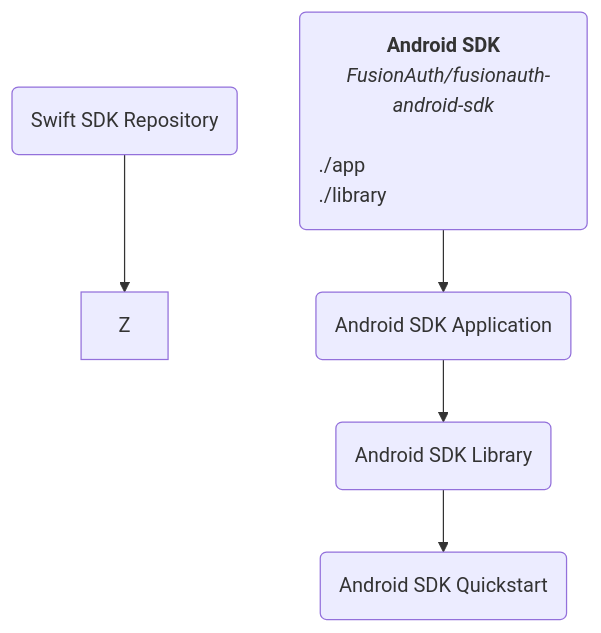
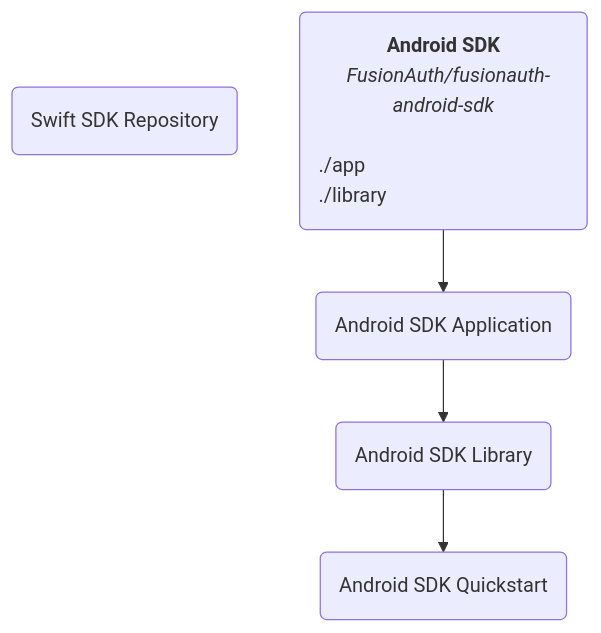
Before and after one commit to sonderformat-llc/fusionauth-e2e-test-guide: the second of 3 diagrams in README.md, drawn with Mermaid. The commit also changed other lines of this file and 1 other file, not shown here.

````diff
--- a/README.md
+++ b/README.md
@@ -6,17 +415,17 @@
 ```mermaid
 graph TD
-    SwiftSDK(Swift SDK Repository) --> Z
+    SwiftSDK(Swift SDK Repository)
     AndroidSDK(<strong>Android SDK</strong>
   <i>FusionAuth/fusionauth-android-sdk</i>
 <div style='text-align:left'>
 ./app
 ./library
 </div>
 ) --> AndroidApp
 AndroidApp(Android SDK Application) --> AndroidLib
 AndroidLib(Android SDK Library) --> AndroidQuickstart
 AndroidQuickstart(Android SDK Quickstart)
 
 
 
 ```
````
